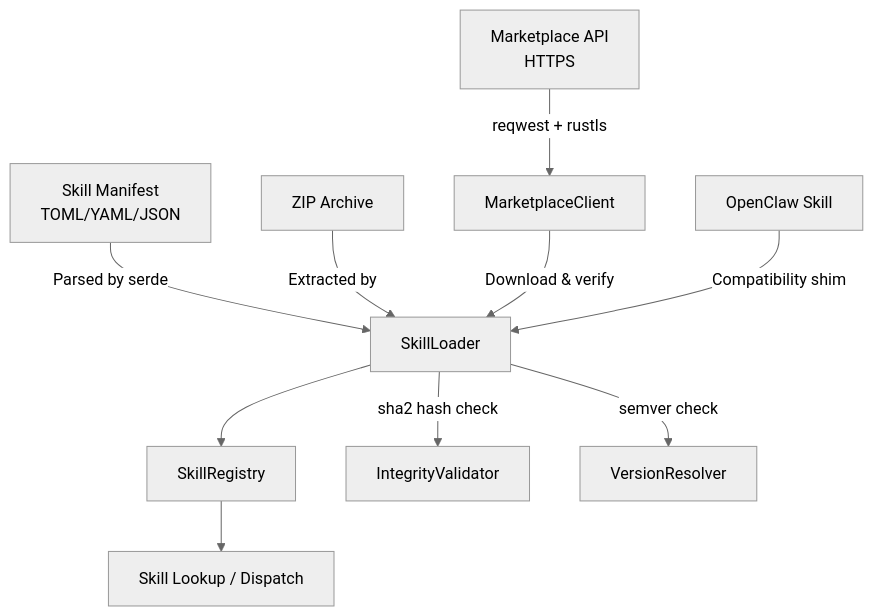
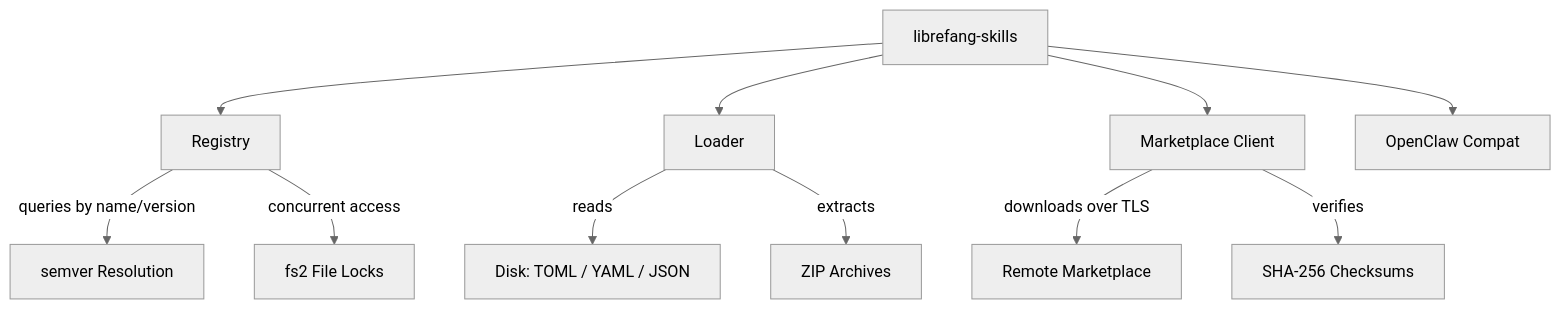
The diagram in other-librefang-skills.md (leszek3737/librefang-WIki), drawn with Mermaid (neutral theme) before and after one commit. The commit also changed other lines of this file and 122 other files, not shown here.

````diff
--- a/other-librefang-skills.md
+++ b/other-librefang-skills.md
@@ -20,12 +15,14 @@
 ```mermaid
 graph TD
-    A[Skill Manifest<br/>TOML/YAML/JSON] -->|Parsed by serde| B[SkillLoader]
-    B --> C[SkillRegistry]
-    C --> D[Skill Lookup / Dispatch]
-    E[ZIP Archive] -->|Extracted by| B
-    F[Marketplace API<br/>HTTPS] -->|reqwest + rustls| G[MarketplaceClient]
-    G -->|Download & verify| B
-    H[OpenClaw Skill] -->|Compatibility shim| B
-    B -->|sha2 hash check| I[IntegrityValidator]
-    B -->|semver check| J[VersionResolver]
+    A[librefang-skills] --> B[Registry]
+    A --> C[Loader]
+    A --> D[Marketplace Client]
+    A --> E[OpenClaw Compat]
+
+    C -->|reads| F[Disk: TOML / YAML / JSON]
+    C -->|extracts| G[ZIP Archives]
+    D -->|downloads over TLS| H[Remote Marketplace]
+    D -->|verifies| I[SHA-256 Checksums]
+    B -->|queries by name/version| J[semver Resolution]
+    B -->|concurrent access| K[fs2 File Locks]
 ```
````
